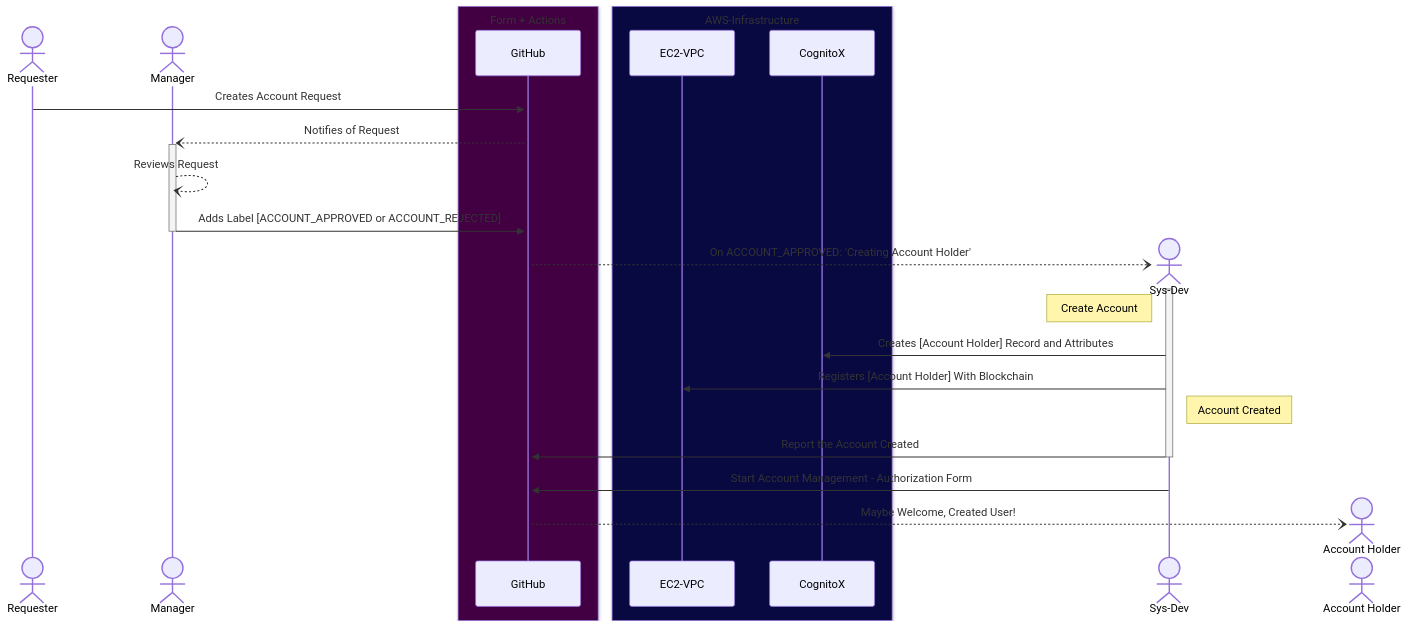
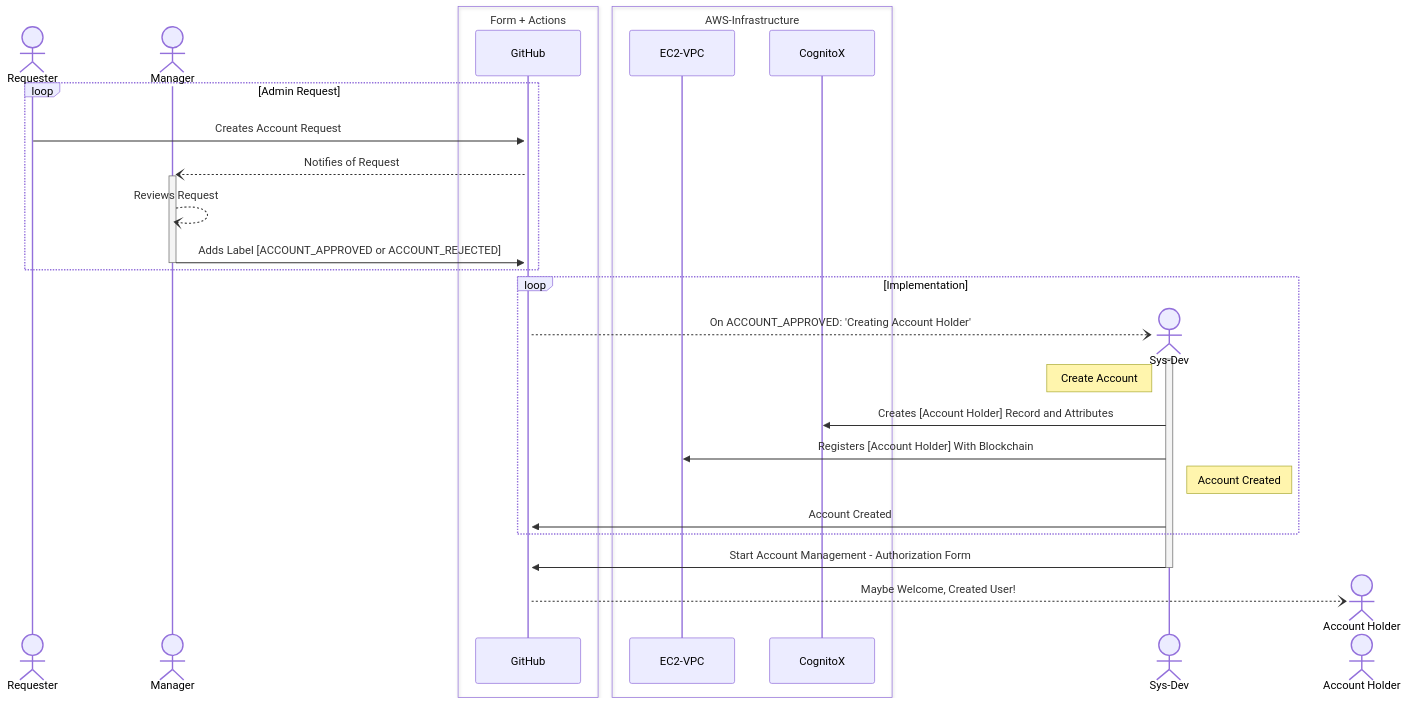
One commit to usnistgov/blossom-oscal changed the diagram in account_workflow.md. Above: the diagram before and after it, drawn with Mermaid.

Commit message:
modified diagram to be readable on white as well

````diff
--- a/account_workflow.md
+++ b/account_workflow.md
@@ -16,36 +16,39 @@
 ```mermaid
 sequenceDiagram
     actor Rq as Requester
     actor Man as Manager
         
-    box rgb(66,0,66)  Form + Actions
+    box Form + Actions
         participant GH as GitHub
     end
     
-    box rgb(9,9,66)  AWS-Infrastructure
+    box  AWS-Infrastructure
         participant EC2 as EC2-VPC
         participant Cog as CognitoX
     end
 
-    Rq->>+GH: Creates Account Request
-    GH--)+Man: Notifies of Request
-    Man--)Man: Reviews Request
-    Man->>-GH: Adds Label [ACCOUNT_APPROVED or ACCOUNT_REJECTED]
-    
-    create actor Sys as Sys-Dev
-    GH--)+Sys: On ACCOUNT_APPROVED: 'Creating Account Holder'
-    Note left of Sys: Create Account    
+    loop Admin Request  
+        Rq->>+GH: Creates Account Request
+        GH--)+Man: Notifies of Request
+        Man--)Man: Reviews Request
+        Man->>-GH: Adds Label [ACCOUNT_APPROVED or ACCOUNT_REJECTED]
+    end
 
-    Sys->>Cog: Creates [Account Holder] Record and Attributes
-    Sys->>EC2: Registers [Account Holder] With Blockchain
-    Note right of Sys: Account Created 
+    loop Implementation
+        create actor Sys as Sys-Dev
+        GH--)+Sys: On ACCOUNT_APPROVED: 'Creating Account Holder'
+        Note left of Sys: Create Account    
 
-    Sys->>-GH: Report the Account Created
-    Sys->>GH: Start Account Management - Authorization Form
+        Sys->>Cog: Creates [Account Holder] Record and Attributes
+        Sys->>EC2: Registers [Account Holder] With Blockchain
+        Note right of Sys: Account Created 
+
+        Sys->>GH: Account Created
+    end
+
+    Sys->>-GH: Start Account Management - Authorization Form
 
     create actor AH as Account Holder
     GH--)AH: Maybe Welcome, Created User!
 
-
-
 ```
````
